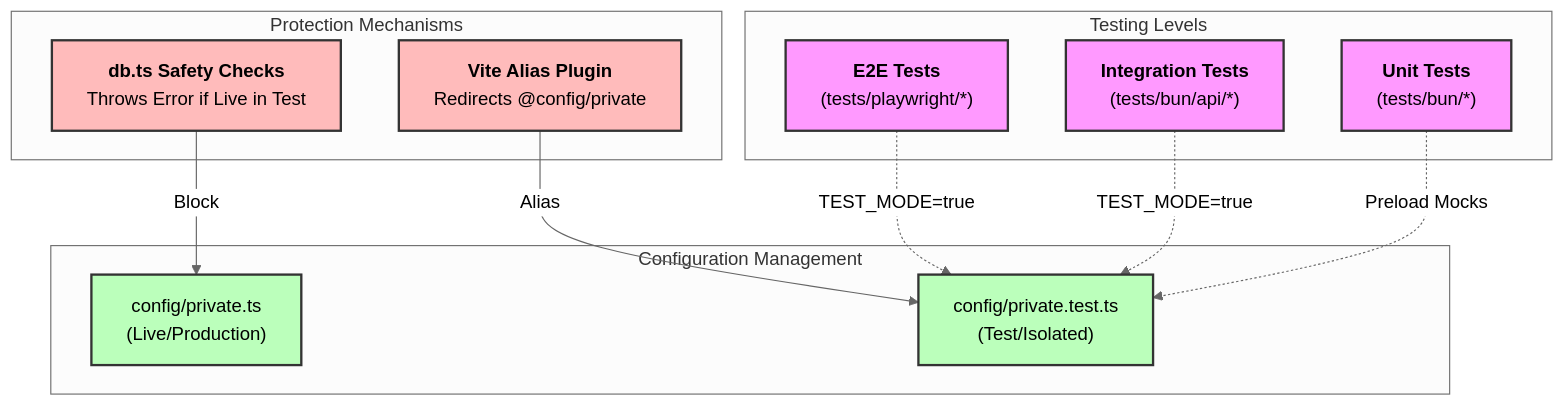
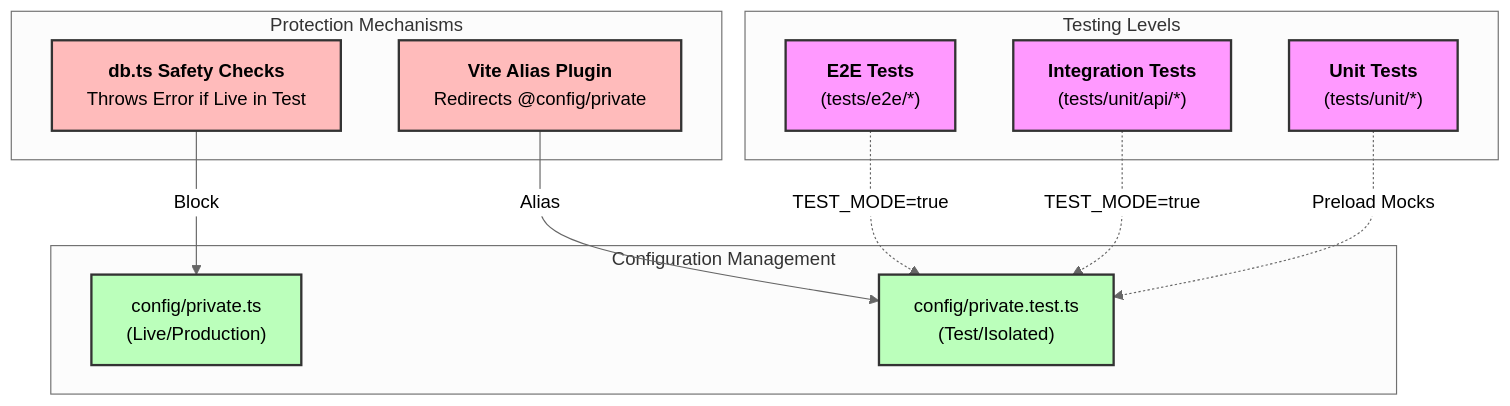
One commit to SveltyCMS/SveltyCMS changed the diagram in docs/tests/index.mdx. Above: the diagram before and after it, drawn with Mermaid (neutral theme). The commit also changed other lines of this file and 169 other files, not shown here.

````diff
--- a/docs/tests/index.mdx
+++ b/docs/tests/index.mdx
@@ -35,33 +56,33 @@
 ```mermaid
 graph TD
     subgraph "Testing Levels"
-        Unit["<b>Unit Tests</b><br/>(tests/bun/*)"]
-        Int["<b>Integration Tests</b><br/>(tests/bun/api/*)"]
-        E2E["<b>E2E Tests</b><br/>(tests/playwright/*)"]
+        Unit["<b>Unit Tests</b><br/>(tests/unit/*)"]
+        Int["<b>Integration Tests</b><br/>(tests/unit/api/*)"]
+        E2E["<b>E2E Tests</b><br/>(tests/e2e/*)"]
     end
 
     subgraph "Configuration Management"
         PC["config/private.ts<br/>(Live/Production)"]
         PT["config/private.test.ts<br/>(Test/Isolated)"]
     end
 
     Unit -.-> |Preload Mocks| PT
     Int -.-> |TEST_MODE=true| PT
     E2E -.-> |TEST_MODE=true| PT
 
     subgraph "Protection Mechanisms"
         VitePlugin["<b>Vite Alias Plugin</b><br/>Redirects @config/private"]
         DBProtection["<b>db.ts Safety Checks</b><br/>Throws Error if Live in Test"]
     end
 
     VitePlugin --> |Alias| PT
     DBProtection --> |Block| PC
 
     classDef test fill:#f9f,stroke:#333,stroke-width:2px;
     classDef config fill:#bfb,stroke:#333,stroke-width:2px;
     classDef protection fill:#fbb,stroke:#333,stroke-width:2px;
 
     class Unit,Int,E2E test;
     class PC,PT config;
     class VitePlugin,DBProtection protection;
 ```
````
